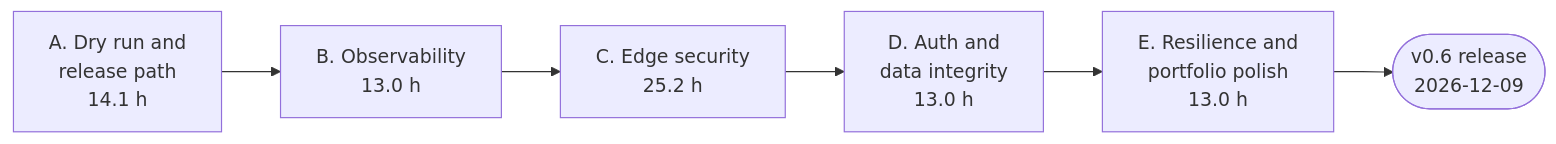
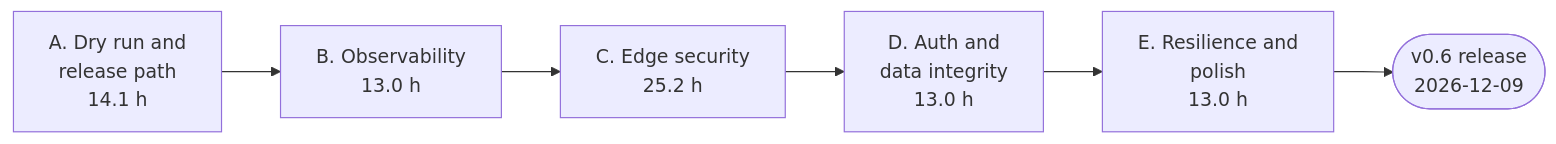
The first of 2 diagrams in docs/product/06-implementation-plan.md (massimoselvi/seatlock), drawn with Mermaid before and after one commit. The commit also changed other lines of this file and 6 other files, not shown here.

````diff
--- a/docs/product/06-implementation-plan.md
+++ b/docs/product/06-implementation-plan.md
@@ -31,8 +31,8 @@
 ```mermaid
 flowchart LR
     A["A. Dry run and<br/>release path<br/>14.1 h"] --> B["B. Observability<br/>13.0 h"]
     B --> C["C. Edge security<br/>25.2 h"]
     C --> D["D. Auth and<br/>data integrity<br/>13.0 h"]
-    D --> E["E. Resilience and<br/>portfolio polish<br/>13.0 h"]
+    D --> E["E. Resilience and<br/>polish<br/>13.0 h"]
     E --> R(["v0.6 release<br/>2026-12-09"])
 ```
````
